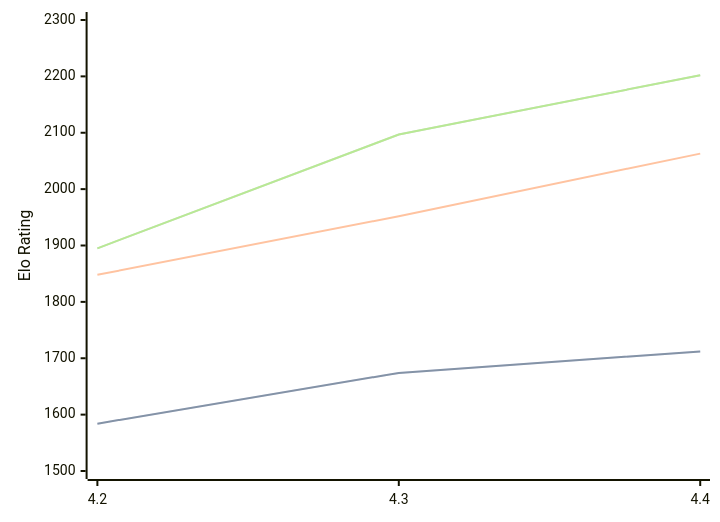
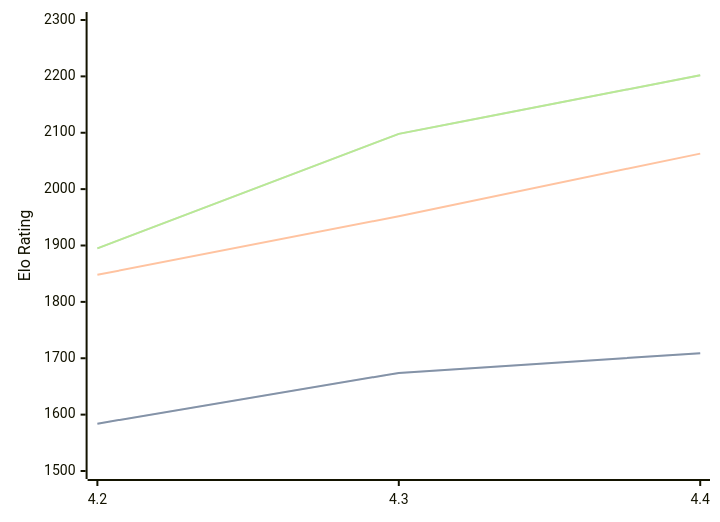
The diagram in engines/Radiance.md (computer-chess-index/cci), drawn with Mermaid before and after one commit. The commit also changed other lines of this file, not shown here.

Commit message:
Update CCI Ratings (ELO VLTC) - 2026-08-27

````diff
--- a/engines/Radiance.md
+++ b/engines/Radiance.md
@@ -33,11 +33,11 @@
 ```mermaid
 %%{init: {"theme":"base","themeVariables":{"seriesColors:['#a3a3a3','#222221','#faa371']}}}%%
 xychart-beta
   x-axis ["4.2", "4.3", "4.4"]
   y-axis "Elo Rating" 1500 --> 2300
-  line "STC (8.0+0.08s)" [1584, 1674, 1712]
-  line "STC (8.0+0.08s)" [1584, 1674, 1712]
+  line "STC (8.0+0.08s)" [1584, 1674, 1709]
+  line "STC (8.0+0.08s)" [1584, 1674, 1709]
   line "LTC (60.0+0.60s)" [1848, 1952, 2063]
-  line "VLTC (2m24s+1.12s)" [1895, 2097, 2202]
-  line "VLTC (2m24s+1.12s)" [1895, 2097, 2202]
+  line "VLTC (2m24s+1.12s)" [1895, 2098, 2202]
+  line "VLTC (2m24s+1.12s)" [1895, 2098, 2202]
 ```
````
